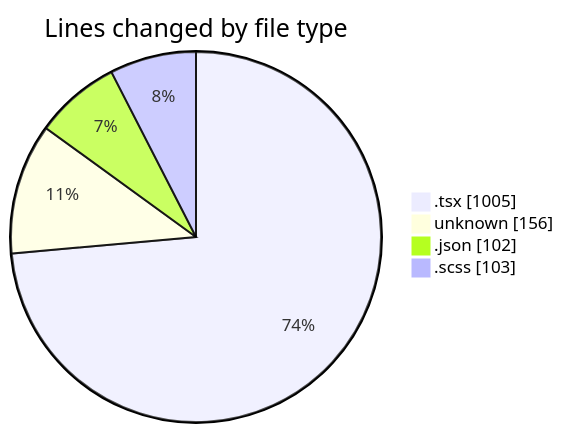
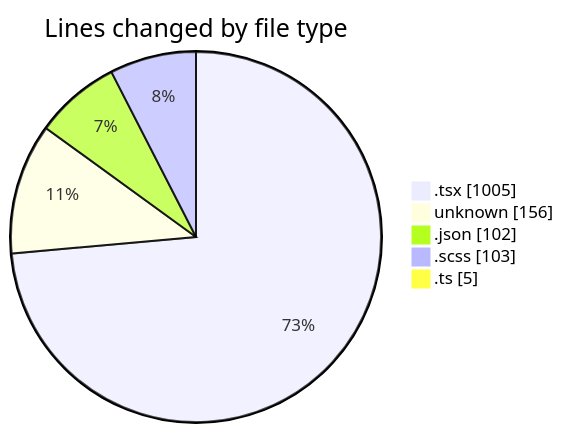
The first of 2 diagrams in 2026-09-28/cda/README.md (momahboobian/code-tracking), drawn with Mermaid before and after one commit. The commit also changed other lines of this file and 1 other file, not shown here.

````diff
--- a/2026-09-28/cda/README.md
+++ b/2026-09-28/cda/README.md
@@ -26,8 +27,9 @@
 ```mermaid
 pie showData
 title Lines changed by file type
 ".tsx" : 1005
 "unknown" : 156
 ".json" : 102
 ".scss" : 103
+".ts" : 5
 ```
````
